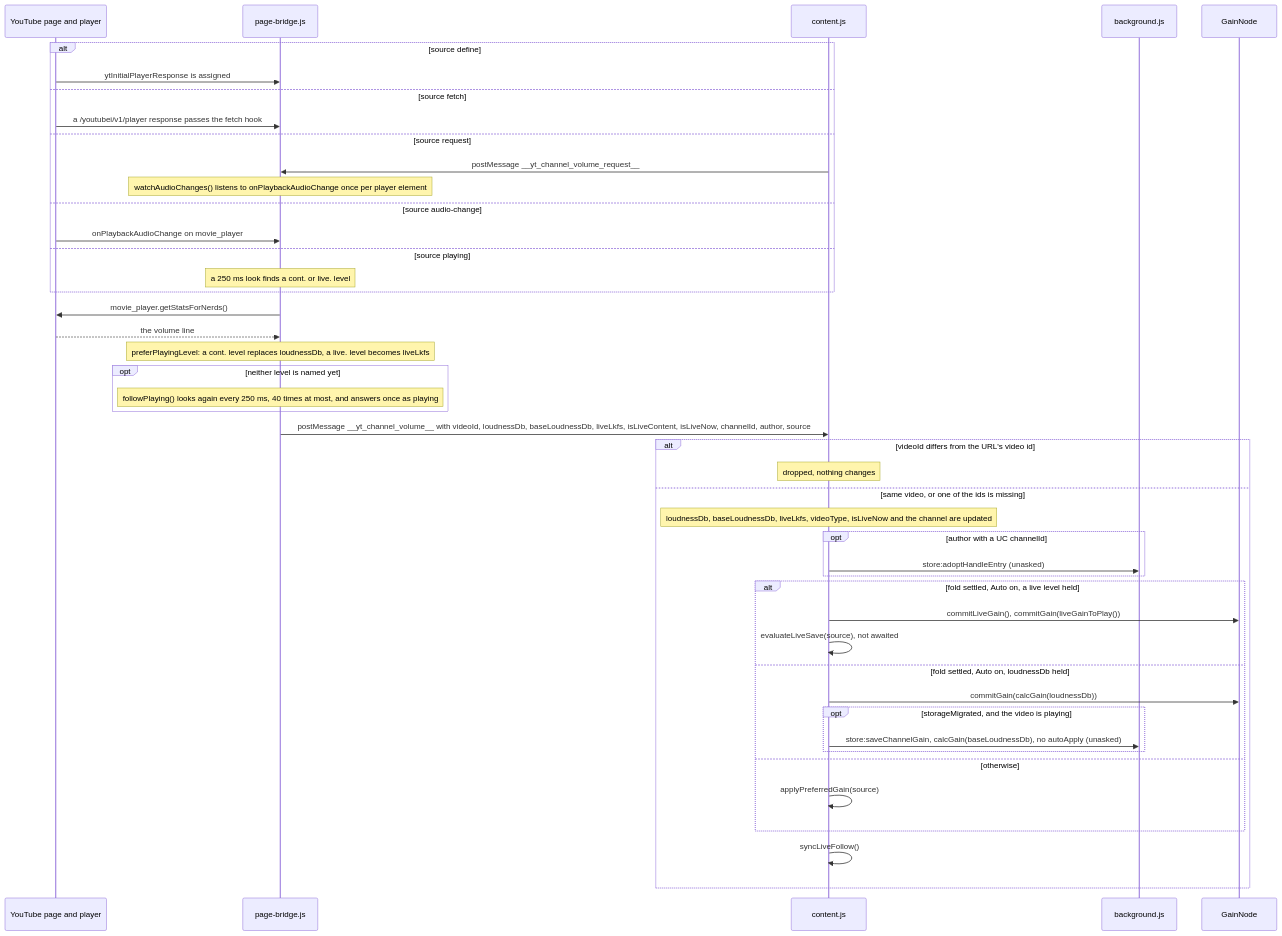
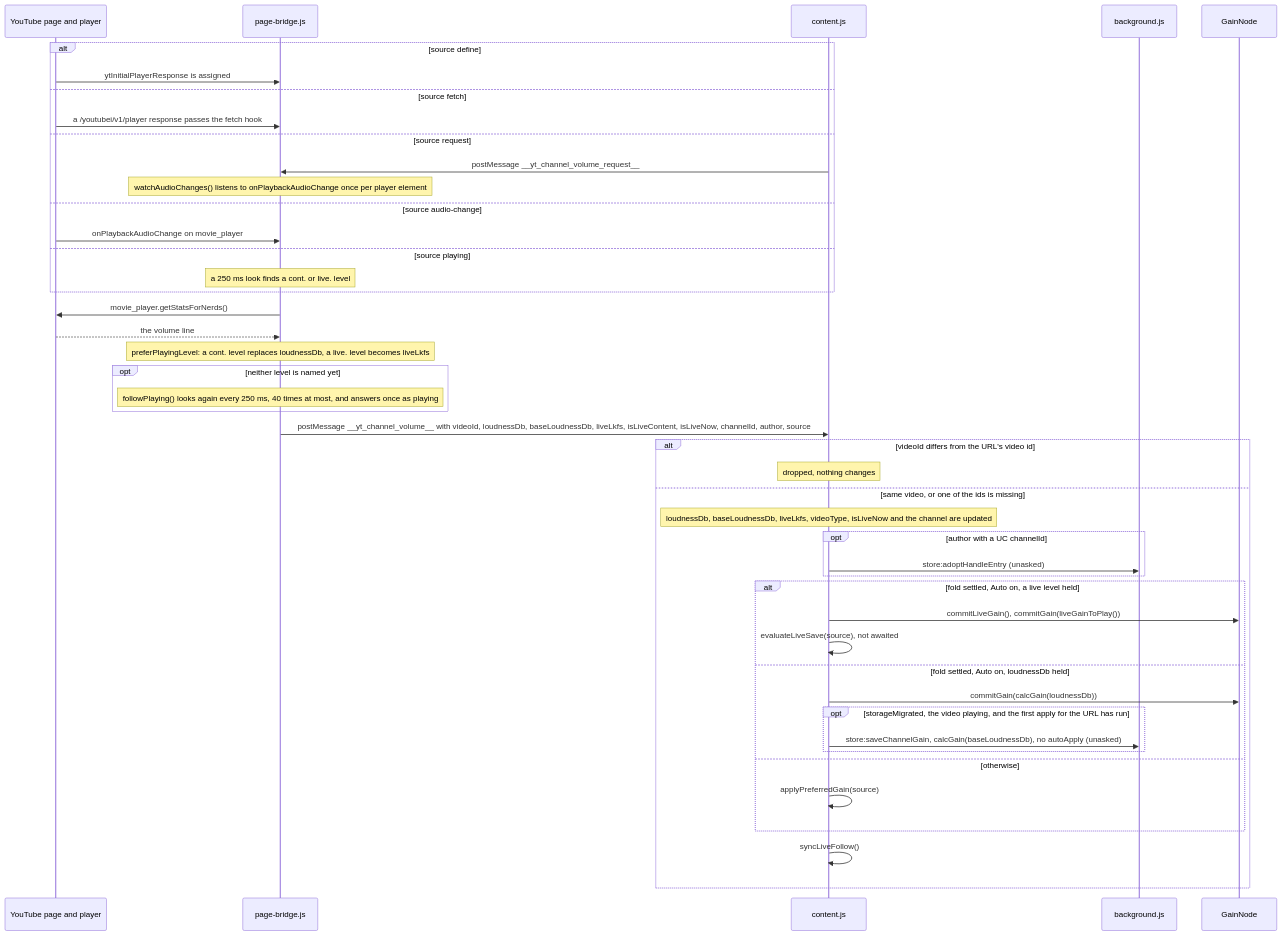
The eighth of 14 diagrams in docs/gain-change-and-save.md (semnil/yt-channel-volume), drawn with Mermaid before and after one commit. The commit also changed other lines of this file and 6 other files, not shown here.

````diff
--- a/docs/gain-change-and-save.md
+++ b/docs/gain-change-and-save.md
@@ -385,47 +385,47 @@
 ```mermaid
 sequenceDiagram
   participant Y as YouTube page and player
   participant B as page-bridge.js
   participant C as content.js
   participant W as background.js
   participant G as GainNode
   alt source define
     Y->>B: ytInitialPlayerResponse is assigned
   else source fetch
     Y->>B: a /youtubei/v1/player response passes the fetch hook
   else source request
     C->>B: postMessage __yt_channel_volume_request__
     Note over B: watchAudioChanges() listens to onPlaybackAudioChange once per player element
   else source audio-change
     Y->>B: onPlaybackAudioChange on movie_player
   else source playing
     Note over B: a 250 ms look finds a cont. or live. level
   end
   B->>Y: movie_player.getStatsForNerds()
   Y-->>B: the volume line
   Note over B: preferPlayingLevel: a cont. level replaces loudnessDb, a live. level becomes liveLkfs
   opt neither level is named yet
     Note over B: followPlaying() looks again every 250 ms, 40 times at most, and answers once as playing
   end
   B->>C: postMessage __yt_channel_volume__ with videoId, loudnessDb, baseLoudnessDb, liveLkfs, isLiveContent, isLiveNow, channelId, author, source
   alt videoId differs from the URL's video id
     Note over C: dropped, nothing changes
   else same video, or one of the ids is missing
     Note over C: loudnessDb, baseLoudnessDb, liveLkfs, videoType, isLiveNow and the channel are updated
     opt author with a UC channelId
       C->>W: store:adoptHandleEntry (unasked)
     end
     alt fold settled, Auto on, a live level held
       C->>G: commitLiveGain(), commitGain(liveGainToPlay())
       C->>C: evaluateLiveSave(source), not awaited
     else fold settled, Auto on, loudnessDb held
       C->>G: commitGain(calcGain(loudnessDb))
-      opt storageMigrated, and the video is playing
+      opt storageMigrated, the video playing, and the first apply for the URL has run
         C->>W: store:saveChannelGain, calcGain(baseLoudnessDb), no autoApply (unasked)
       end
     else otherwise
       C->>C: applyPreferredGain(source)
     end
     C->>C: syncLiveFollow()
   end
 ```
````
